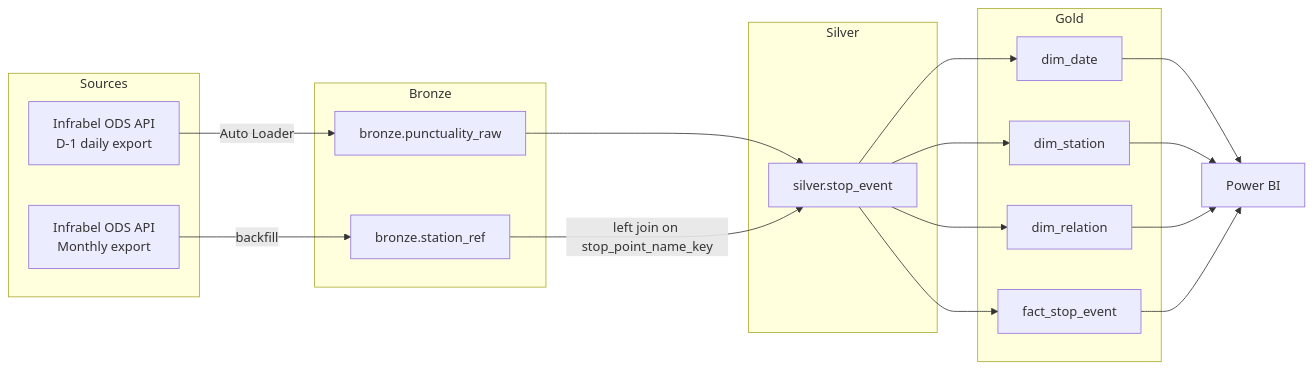
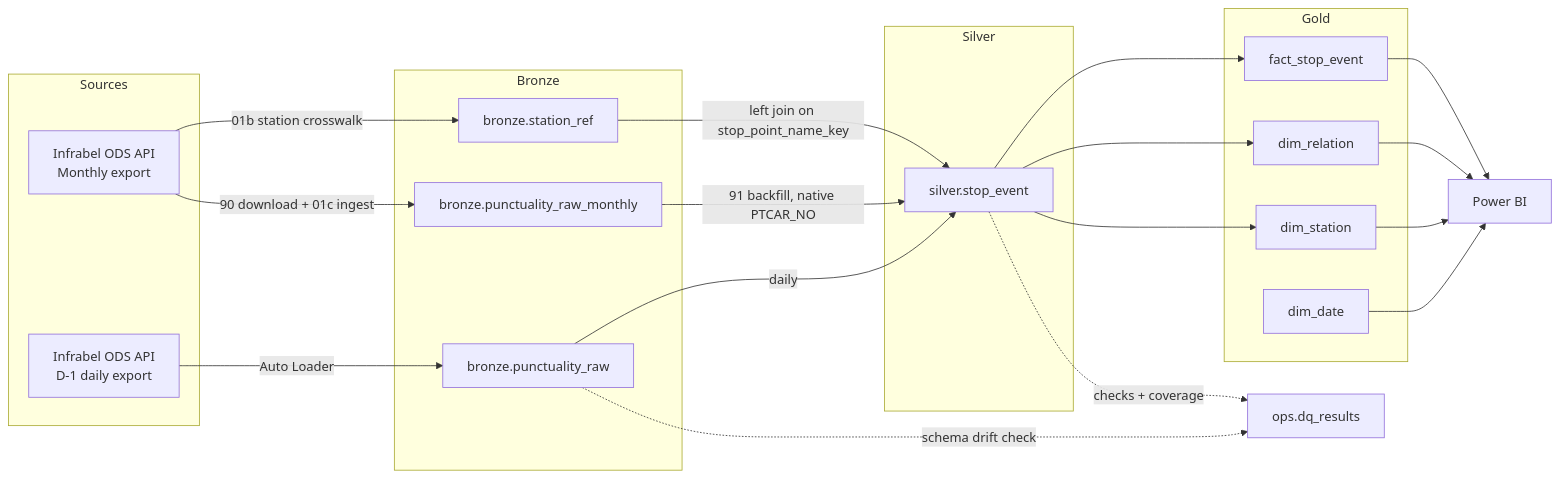
Before and after one commit to BeatrizJover/rail-punctuality-lakehouse: the first of 2 diagrams in README.md, drawn with Mermaid. The commit also changed other lines of this file, not shown here.

Commit message:
docs: enhance README with schema governance and data quality details

````diff
--- a/README.md
+++ b/README.md
@@ -37,38 +40,43 @@
 ```mermaid
 flowchart LR
     subgraph Sources
         D1[Infrabel ODS API<br/>D-1 daily export]
         MO[Infrabel ODS API<br/>Monthly export]
     end
 
     subgraph Bronze
         BR[bronze.punctuality_raw]
+        BM[bronze.punctuality_raw_monthly]
         BS[bronze.station_ref]
     end
 
     subgraph Silver
         SS[silver.stop_event]
     end
 
     subgraph Gold
         DD[dim_date]
         DS[dim_station]
         DR[dim_relation]
         FE[fact_stop_event]
     end
 
+    OPS[ops.dq_results]
     PBI[Power BI]
 
     D1 -->|Auto Loader| BR
-    MO -->|backfill| BS
-    BR --> SS
+    MO -->|90 download + 01c ingest| BM
+    MO -->|01b station crosswalk| BS
+    BR -->|daily| SS
+    BM -->|91 backfill, native PTCAR_NO| SS
     BS -->|left join on stop_point_name_key| SS
-    SS --> DD
+    BR -.->|schema drift check| OPS
+    SS -.->|checks + coverage| OPS
     SS --> DS
     SS --> DR
     SS --> FE
     DD --> PBI
     DS --> PBI
     DR --> PBI
     FE --> PBI
 ```
````
